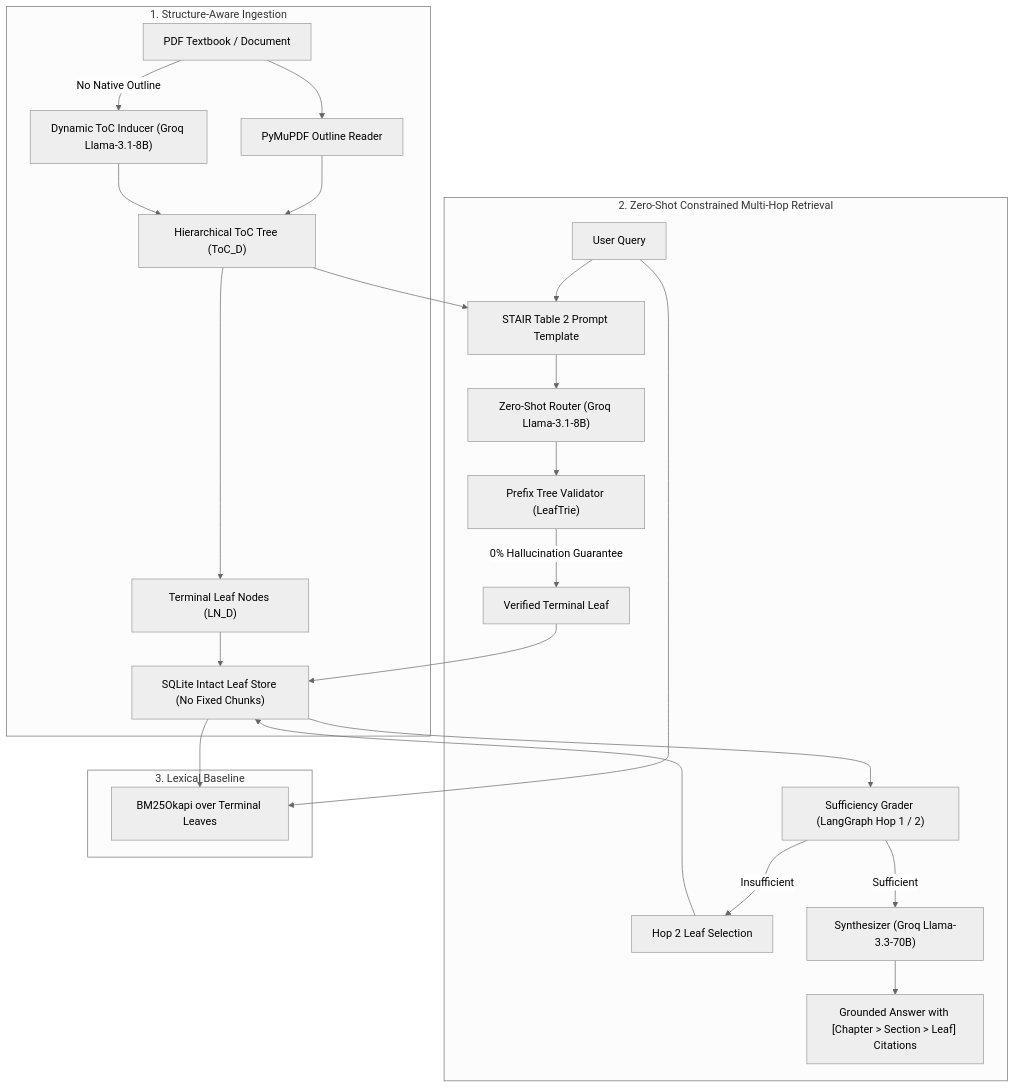
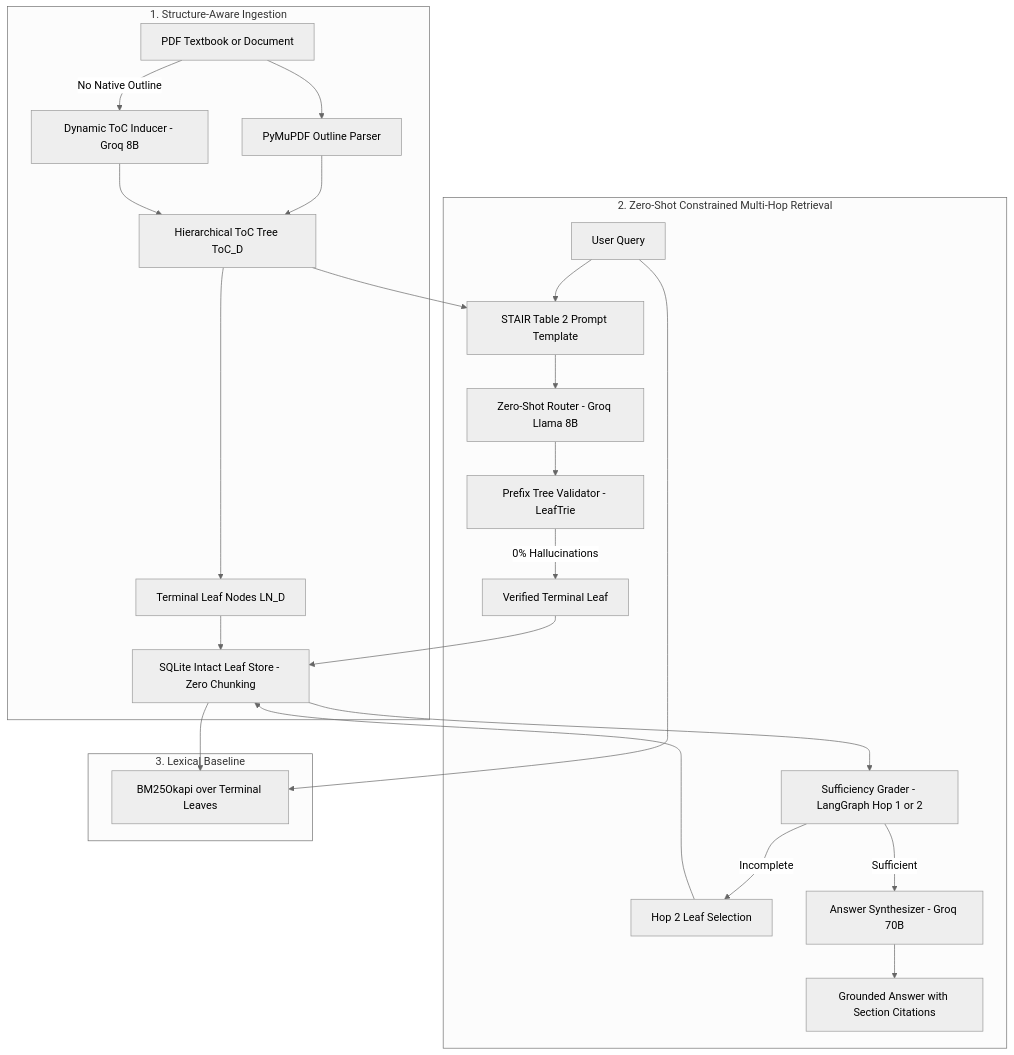
The diagram in README.md (Varun-Esarapu/Auto-STAIR), drawn with Mermaid (neutral theme) before and after one commit. The commit also changed 1 other file, not shown here.

Commit message:
feat: enhance UI to production-grade Shadcn AI elements and fix GitHub Mermaid diagram syntax

````diff
--- a/README.md
+++ b/README.md
@@ -35,30 +35,30 @@
 ```mermaid
 flowchart TD
-    subgraph Ingestion ["1. Structure-Aware Ingestion"]
-        PDF["PDF Textbook / Document"] --> Parser["PyMuPDF Outline Reader"]
-        PDF -->|"No Native Outline"| Inducer["Dynamic ToC Inducer (Groq Llama-3.1-8B)"]
-        Parser --> Tree["Hierarchical ToC Tree (ToC_D)"]
+    subgraph S1["1. Structure-Aware Ingestion"]
+        PDF["PDF Textbook or Document"] --> Parser["PyMuPDF Outline Parser"]
+        PDF -->|"No Native Outline"| Inducer["Dynamic ToC Inducer - Groq 8B"]
+        Parser --> Tree["Hierarchical ToC Tree ToC_D"]
         Inducer --> Tree
-        Tree --> Leaves["Terminal Leaf Nodes (LN_D)"]
-        Leaves --> Store["SQLite Intact Leaf Store (No Fixed Chunks)"]
+        Tree --> Leaves["Terminal Leaf Nodes LN_D"]
+        Leaves --> Store["SQLite Intact Leaf Store - Zero Chunking"]
     end
 
-    subgraph Retrieval ["2. Zero-Shot Constrained Multi-Hop Retrieval"]
-        Query["User Query"] --> Table2Prompt["STAIR Table 2 Prompt Template"]
-        Tree --> Table2Prompt
-        Table2Prompt --> Router["Zero-Shot Router (Groq Llama-3.1-8B)"]
-        Router --> Trie["Prefix Tree Validator (LeafTrie)"]
-        Trie -->|"0% Hallucination Guarantee"| ValidLeaf["Verified Terminal Leaf"]
+    subgraph S2["2. Zero-Shot Constrained Multi-Hop Retrieval"]
+        Query["User Query"] --> Table2["STAIR Table 2 Prompt Template"]
+        Tree --> Table2
+        Table2 --> Router["Zero-Shot Router - Groq Llama 8B"]
+        Router --> Trie["Prefix Tree Validator - LeafTrie"]
+        Trie -->|"0% Hallucinations"| ValidLeaf["Verified Terminal Leaf"]
         ValidLeaf --> Store
-        Store --> Grader["Sufficiency Grader (LangGraph Hop 1 / 2)"]
-        Grader -->|"Insufficient"| NextHop["Hop 2 Leaf Selection"]
+        Store --> Grader["Sufficiency Grader - LangGraph Hop 1 or 2"]
+        Grader -->|"Incomplete"| NextHop["Hop 2 Leaf Selection"]
         NextHop --> Store
-        Grader -->|"Sufficient"| Synthesizer["Synthesizer (Groq Llama-3.3-70B)"]
-        Synthesizer --> FinalAnswer["Grounded Answer with [Chapter > Section > Leaf] Citations"]
+        Grader -->|"Sufficient"| Synth["Answer Synthesizer - Groq 70B"]
+        Synth --> Answer["Grounded Answer with Section Citations"]
     end
 
-    subgraph Baseline ["3. Lexical Baseline"]
+    subgraph S3["3. Lexical Baseline"]
         Query --> BM25["BM25Okapi over Terminal Leaves"]
         Store --> BM25
     end
 ```
````
